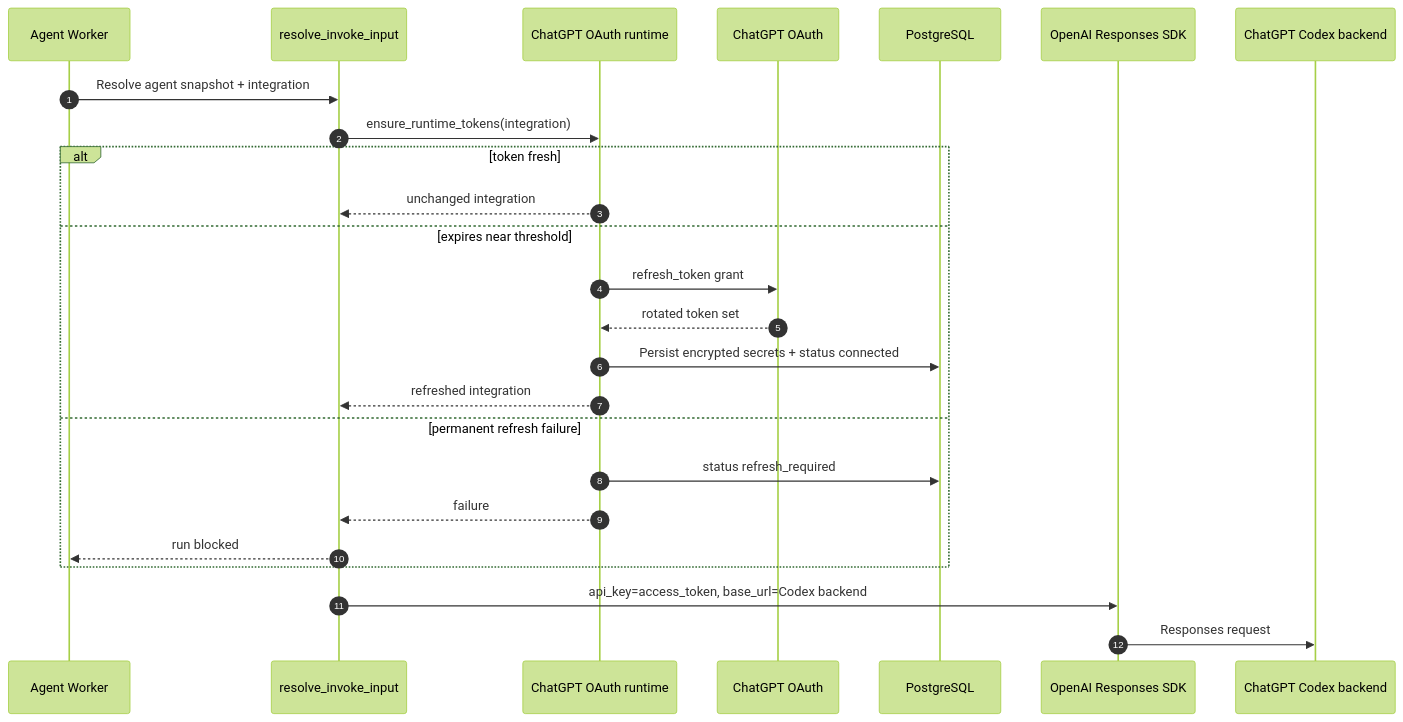
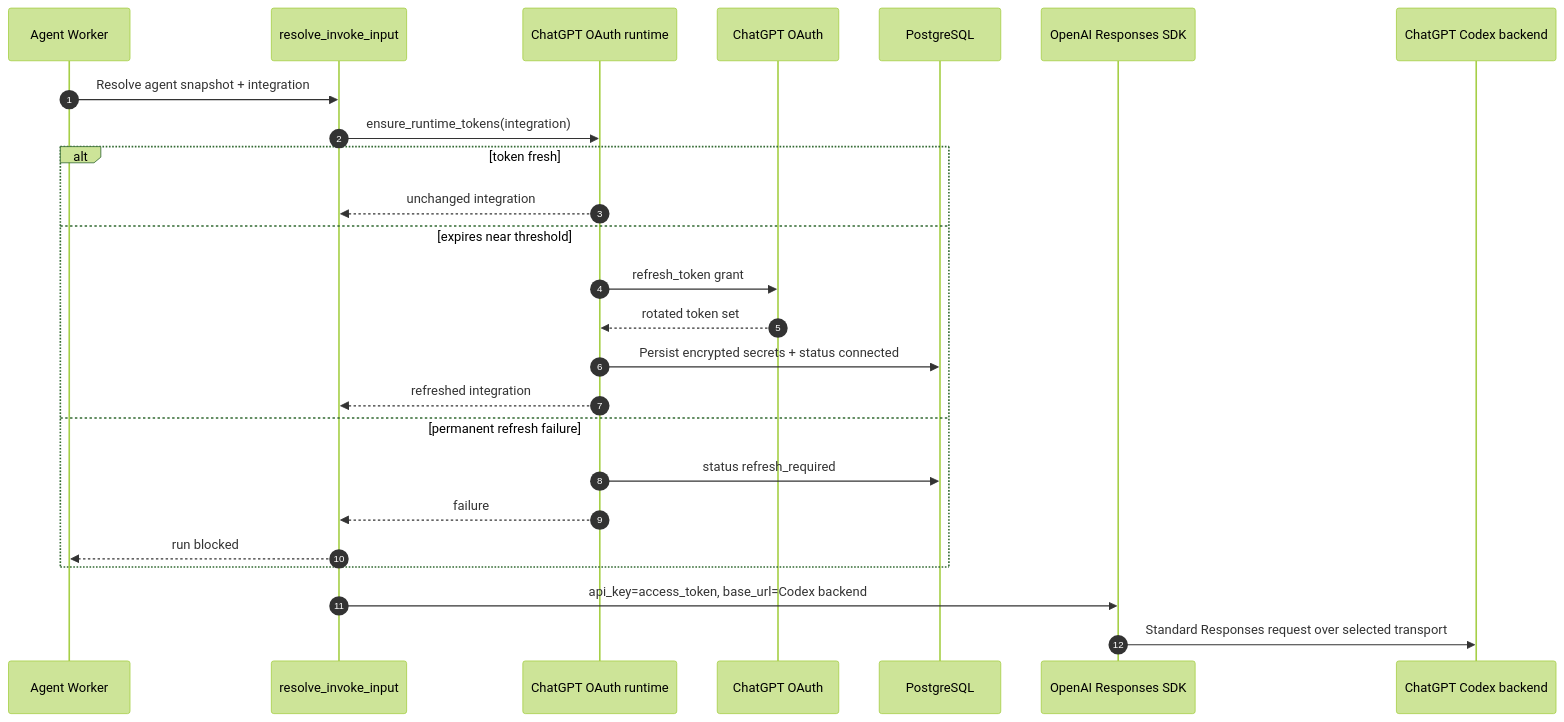
The second of 2 diagrams in docs/azents/spec/flow/chatgpt-oauth.md (azents/azents), drawn with Mermaid (forest theme) before and after one commit. The commit also changed other lines of this file and 4 other files, not shown here.

````diff
--- a/docs/azents/spec/flow/chatgpt-oauth.md
+++ b/docs/azents/spec/flow/chatgpt-oauth.md
@@ -157,28 +157,28 @@
 ```mermaid
 sequenceDiagram
     autonumber
     participant Worker as Agent Worker
     participant Resolve as resolve_invoke_input
     participant OAuth as ChatGPT OAuth runtime
     participant AS as ChatGPT OAuth
     participant DB as PostgreSQL
     participant SDK as OpenAI Responses SDK
     participant ChatGPT as ChatGPT Codex backend
 
     Worker->>Resolve: Resolve agent snapshot + integration
     Resolve->>OAuth: ensure_runtime_tokens(integration)
     alt token fresh
         OAuth-->>Resolve: unchanged integration
     else expires near threshold
         OAuth->>AS: refresh_token grant
         AS-->>OAuth: rotated token set
         OAuth->>DB: Persist encrypted secrets + status connected
         OAuth-->>Resolve: refreshed integration
     else permanent refresh failure
         OAuth->>DB: status refresh_required
         OAuth-->>Resolve: failure
         Resolve-->>Worker: run blocked
     end
     Resolve->>SDK: api_key=access_token, base_url=Codex backend
-    SDK->>ChatGPT: Responses request
+    SDK->>ChatGPT: Standard Responses request over selected transport
 ```
````
